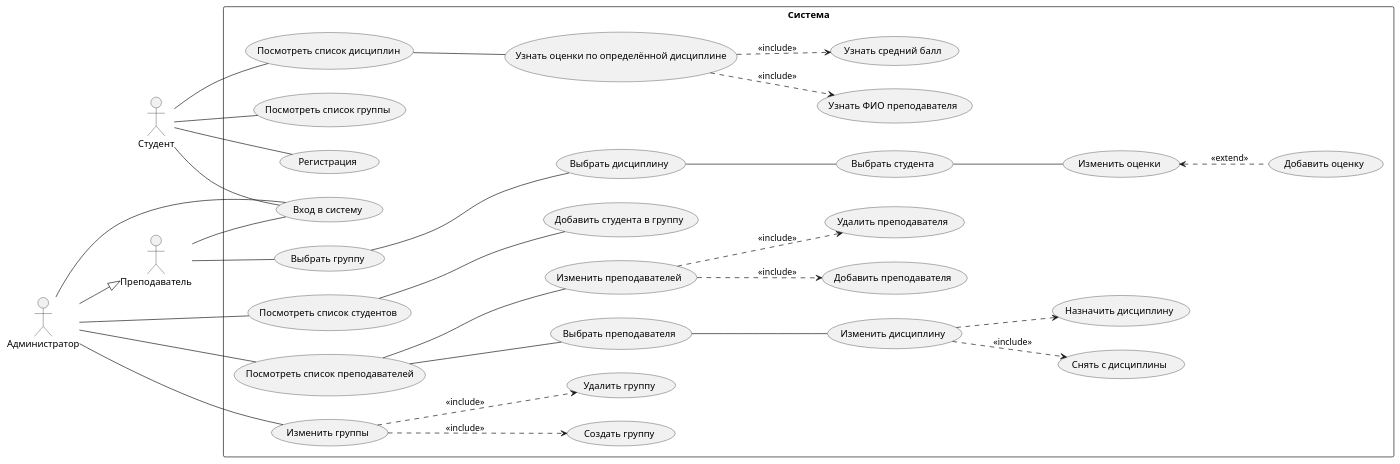
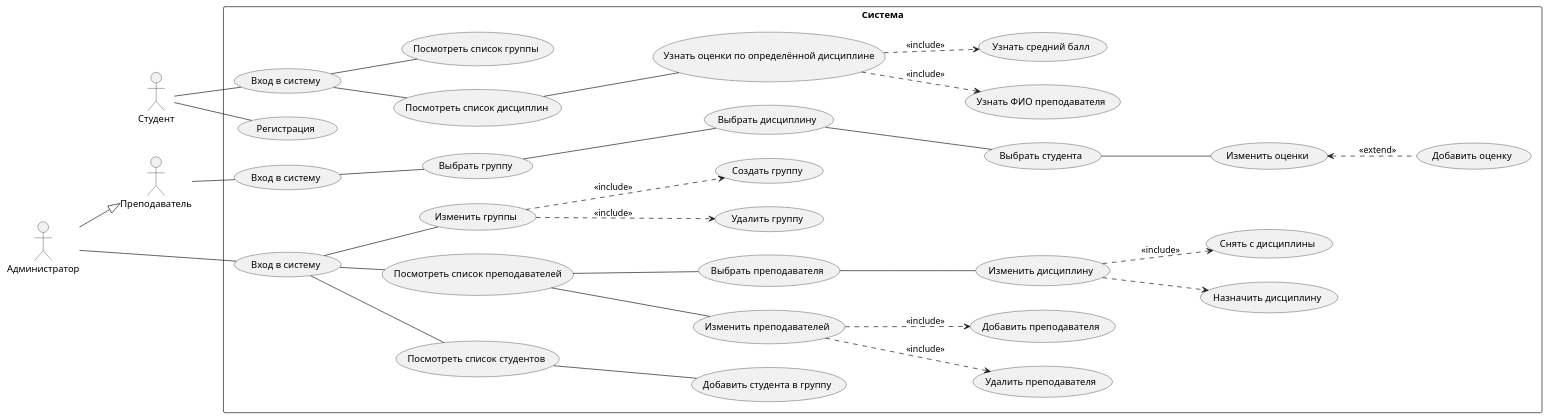
Before and after one commit to itzFozzy/student_assessment_accounting_system: the diagram in docs/use-case_uml.puml, drawn with PlantUML.

Commit message:
plantuml update

```diff
--- a/docs/use-case_uml.puml
+++ b/docs/use-case_uml.puml
@@ -1,70 +1,72 @@
 @startuml
 left to right direction
 skinparam packageStyle rectangle
 
 actor "Студент" as student
 actor "Преподаватель" as prepod
 actor "Администратор" as admin
 
 
 package "Система" {
-    usecase "Вход в систему" as UC_Login
+    usecase "Вход в систему" as UC_studentLogin
+    usecase "Вход в систему" as UC_prepodLogin
+    usecase "Вход в систему" as UC_adminLogin
     usecase "Регистрация" as UC_Register
     usecase "Посмотреть список дисциплин" as Check_list_of_disciplines
     usecase "Посмотреть список группы" as Check_list_of_group
     usecase "Узнать оценки по определённой дисциплине" as Check_marks
     usecase "Узнать ФИО преподавателя" as Check_prepod_name
     usecase "Узнать средний балл" as Check_avg_mark
     usecase "Выбрать группу" as Choose_group
     usecase "Выбрать дисциплину" as Choose_discipline
     usecase "Выбрать студента" as Choose_student
     usecase "Изменить оценки" as Change_marks
     usecase "Добавить оценку" as Add_mark
     usecase "Посмотреть список студентов" as Check_student_list
     usecase "Добавить студента в группу" as Add_student_to_list
     usecase "Посмотреть список преподавателей" as Check_prepod_list
     usecase "Выбрать преподавателя" as Choose_prepod
     usecase "Изменить дисциплину" as Change_discipline
     usecase "Снять с дисциплины" as Remove_discipline
     usecase "Назначить дисциплину" as Add_discipline
     usecase "Изменить группы" as Change_groups
     usecase "Создать группу" as Add_group
     usecase "Удалить группу" as Remove_group
     usecase "Изменить преподавателей" as Change_prepods
     usecase "Добавить преподавателя" as Add_prepod
     usecase "Удалить преподавателя" as Remove_prepod
 }
 
-student -- UC_Login
+student -- UC_studentLogin
 student -- UC_Register
-student -- Check_list_of_disciplines
-student -- Check_list_of_group
+UC_studentLogin -- Check_list_of_disciplines
+UC_studentLogin -- Check_list_of_group
 Check_list_of_disciplines -- Check_marks
 Check_marks ..> Check_prepod_name : <<include>>
 Check_marks ..> Check_avg_mark : <<include>>
 
-prepod -- UC_Login
-prepod -- Choose_group
+prepod -- UC_prepodLogin
+UC_prepodLogin -- Choose_group
 Choose_group -- Choose_discipline
 Choose_discipline -- Choose_student
 Choose_student -- Change_marks
 Change_marks <.. Add_mark : <<extend>>
 
 admin --|> prepod
-admin -- UC_Login
-admin -- Check_student_list
+admin -- UC_adminLogin
+UC_adminLogin -- Check_student_list
 Check_student_list -- Add_student_to_list
-admin -- Check_prepod_list
+UC_adminLogin -- Check_prepod_list
 Check_prepod_list -- Choose_prepod
 Check_prepod_list -- Change_prepods
 Change_prepods ..> Add_prepod : <<include>>
 Change_prepods ..> Remove_prepod : <<include>>
 Choose_prepod -- Change_discipline
 Change_discipline ..> Remove_discipline : <<include>>
 Change_discipline ..> Add_discipline
-admin -- Change_groups
+UC_adminLogin -- Change_groups
 Change_groups ..> Add_group : <<include>>
 Change_groups ..> Remove_group : <<include>>
 
 
 @enduml
```
